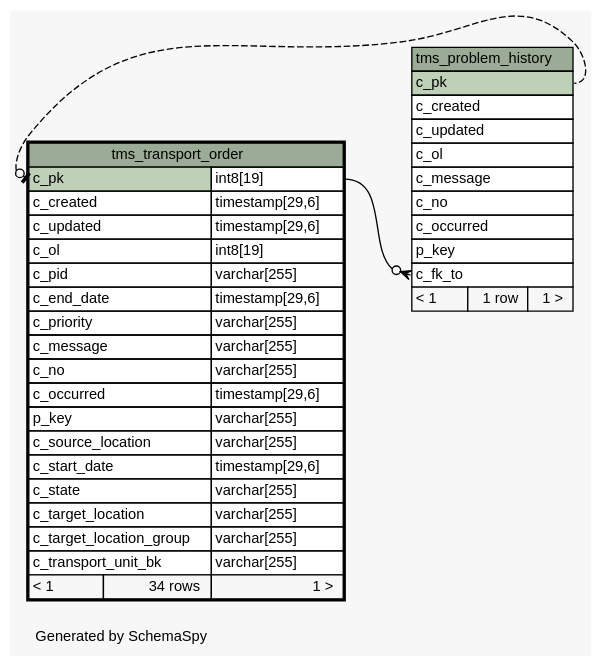
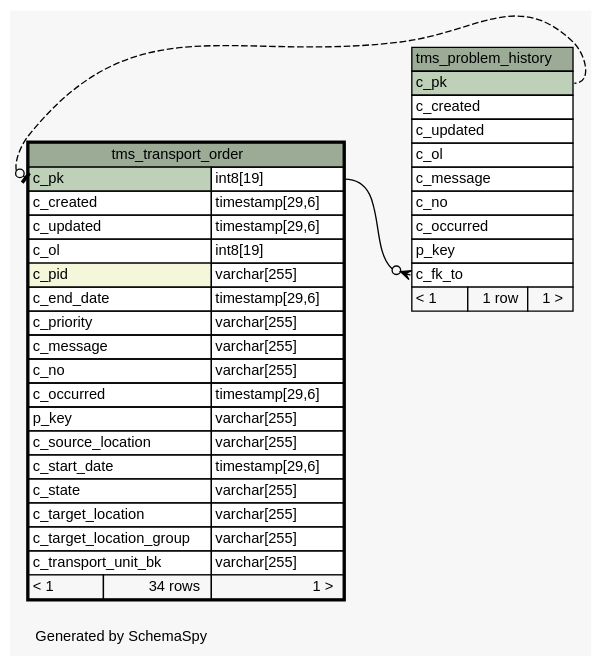
One commit to openwms/org.openwms.tms.transportation changed the diagram in 2.0.0-SNAPSHOT/schemaspy/diagrams/tms_transport_order.implied2degrees.dot. Above: the diagram before and after it, drawn with Graphviz. The commit also changed 270 other files, not shown here.

```diff
--- a/2.0.0-SNAPSHOT/schemaspy/diagrams/tms_transport_order.implied2degrees.dot
+++ b/2.0.0-SNAPSHOT/schemaspy/diagrams/tms_transport_order.implied2degrees.dot
@@ -1,68 +1,68 @@
-// dot 2.43.0 on Linux 5.11.0-1028-azure
+// dot 2.43.0 on Linux 5.13.0-1017-azure
 // SchemaSpy rev Unknown
 digraph "impliedTwoDegreesRelationshipsDiagram" {
   graph [
     rankdir="RL"
     bgcolor="#f7f7f7"
     label="\nGenerated by SchemaSpy"
     labeljust="l"
     nodesep="0.18"
     ranksep="0.46"
     fontname="Helvetica"
     fontsize="11"
   ];
   node [
     fontname="Helvetica"
     fontsize="11"
     shape="plaintext"
   ];
   edge [
     arrowsize="0.8"
   ];
   "tms_problem_history":"c_fk_to":w -> "tms_transport_order":"c_pk.type":e [arrowhead=none dir=back arrowtail=crowodot];
   "tms_transport_order":"c_pk":w -> "tms_problem_history":"c_pk":e [arrowhead=none dir=back arrowtail=teeodot style=dashed];
   "tms_problem_history" [
     label=<
     <TABLE BORDER="0" CELLBORDER="1" CELLSPACING="0" BGCOLOR="#ffffff">
       <TR><TD COLSPAN="3" BGCOLOR="#9bab96" ALIGN="CENTER">tms_problem_history</TD></TR>
       <TR><TD PORT="c_pk" COLSPAN="3" BGCOLOR="#bed1b8" ALIGN="LEFT">c_pk</TD></TR>
       <TR><TD PORT="c_created" COLSPAN="3" ALIGN="LEFT">c_created</TD></TR>
       <TR><TD PORT="c_updated" COLSPAN="3" ALIGN="LEFT">c_updated</TD></TR>
       <TR><TD PORT="c_ol" COLSPAN="3" ALIGN="LEFT">c_ol</TD></TR>
       <TR><TD PORT="c_message" COLSPAN="3" ALIGN="LEFT">c_message</TD></TR>
       <TR><TD PORT="c_no" COLSPAN="3" ALIGN="LEFT">c_no</TD></TR>
       <TR><TD PORT="c_occurred" COLSPAN="3" ALIGN="LEFT">c_occurred</TD></TR>
       <TR><TD PORT="p_key" COLSPAN="3" ALIGN="LEFT">p_key</TD></TR>
       <TR><TD PORT="c_fk_to" COLSPAN="3" ALIGN="LEFT">c_fk_to</TD></TR>
       <TR><TD ALIGN="LEFT" BGCOLOR="#f7f7f7">&lt; 1</TD><TD ALIGN="RIGHT" BGCOLOR="#f7f7f7">1 row</TD><TD ALIGN="RIGHT" BGCOLOR="#f7f7f7">1 &gt;</TD></TR>
     </TABLE>>
     URL="tms_problem_history.html"
     tooltip="tms_problem_history"
   ];
   "tms_transport_order" [
     label=<
     <TABLE BORDER="2" CELLBORDER="1" CELLSPACING="0" BGCOLOR="#ffffff">
       <TR><TD COLSPAN="3" BGCOLOR="#9bab96" ALIGN="CENTER">tms_transport_order</TD></TR>
       <TR><TD PORT="c_pk" COLSPAN="2" BGCOLOR="#bed1b8" ALIGN="LEFT">c_pk</TD><TD PORT="c_pk.type" ALIGN="LEFT">int8[19]</TD></TR>
       <TR><TD PORT="c_created" COLSPAN="2" ALIGN="LEFT">c_created</TD><TD PORT="c_created.type" ALIGN="LEFT">timestamp[29,6]</TD></TR>
       <TR><TD PORT="c_updated" COLSPAN="2" ALIGN="LEFT">c_updated</TD><TD PORT="c_updated.type" ALIGN="LEFT">timestamp[29,6]</TD></TR>
       <TR><TD PORT="c_ol" COLSPAN="2" ALIGN="LEFT">c_ol</TD><TD PORT="c_ol.type" ALIGN="LEFT">int8[19]</TD></TR>
-      <TR><TD PORT="c_pid" COLSPAN="2" ALIGN="LEFT">c_pid</TD><TD PORT="c_pid.type" ALIGN="LEFT">varchar[255]</TD></TR>
+      <TR><TD PORT="c_pid" COLSPAN="2" BGCOLOR="#f4f7da" ALIGN="LEFT">c_pid</TD><TD PORT="c_pid.type" ALIGN="LEFT">varchar[255]</TD></TR>
       <TR><TD PORT="c_end_date" COLSPAN="2" ALIGN="LEFT">c_end_date</TD><TD PORT="c_end_date.type" ALIGN="LEFT">timestamp[29,6]</TD></TR>
       <TR><TD PORT="c_priority" COLSPAN="2" ALIGN="LEFT">c_priority</TD><TD PORT="c_priority.type" ALIGN="LEFT">varchar[255]</TD></TR>
       <TR><TD PORT="c_message" COLSPAN="2" ALIGN="LEFT">c_message</TD><TD PORT="c_message.type" ALIGN="LEFT">varchar[255]</TD></TR>
       <TR><TD PORT="c_no" COLSPAN="2" ALIGN="LEFT">c_no</TD><TD PORT="c_no.type" ALIGN="LEFT">varchar[255]</TD></TR>
       <TR><TD PORT="c_occurred" COLSPAN="2" ALIGN="LEFT">c_occurred</TD><TD PORT="c_occurred.type" ALIGN="LEFT">timestamp[29,6]</TD></TR>
       <TR><TD PORT="p_key" COLSPAN="2" ALIGN="LEFT">p_key</TD><TD PORT="p_key.type" ALIGN="LEFT">varchar[255]</TD></TR>
       <TR><TD PORT="c_source_location" COLSPAN="2" ALIGN="LEFT">c_source_location</TD><TD PORT="c_source_location.type" ALIGN="LEFT">varchar[255]</TD></TR>
       <TR><TD PORT="c_start_date" COLSPAN="2" ALIGN="LEFT">c_start_date</TD><TD PORT="c_start_date.type" ALIGN="LEFT">timestamp[29,6]</TD></TR>
       <TR><TD PORT="c_state" COLSPAN="2" ALIGN="LEFT">c_state</TD><TD PORT="c_state.type" ALIGN="LEFT">varchar[255]</TD></TR>
       <TR><TD PORT="c_target_location" COLSPAN="2" ALIGN="LEFT">c_target_location</TD><TD PORT="c_target_location.type" ALIGN="LEFT">varchar[255]</TD></TR>
       <TR><TD PORT="c_target_location_group" COLSPAN="2" ALIGN="LEFT">c_target_location_group</TD><TD PORT="c_target_location_group.type" ALIGN="LEFT">varchar[255]</TD></TR>
       <TR><TD PORT="c_transport_unit_bk" COLSPAN="2" ALIGN="LEFT">c_transport_unit_bk</TD><TD PORT="c_transport_unit_bk.type" ALIGN="LEFT">varchar[255]</TD></TR>
       <TR><TD ALIGN="LEFT" BGCOLOR="#f7f7f7">&lt; 1</TD><TD ALIGN="RIGHT" BGCOLOR="#f7f7f7">34 rows</TD><TD ALIGN="RIGHT" BGCOLOR="#f7f7f7">1 &gt;</TD></TR>
     </TABLE>>
     URL="tms_transport_order.html"
     tooltip="tms_transport_order"
   ];
 }
```
